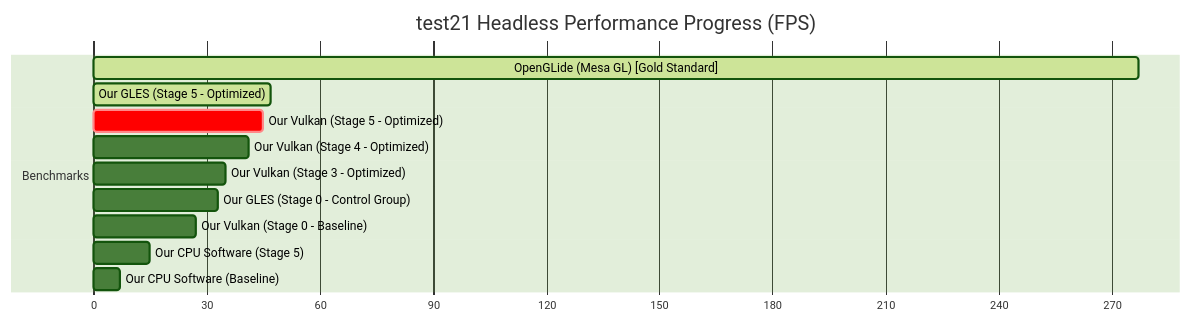
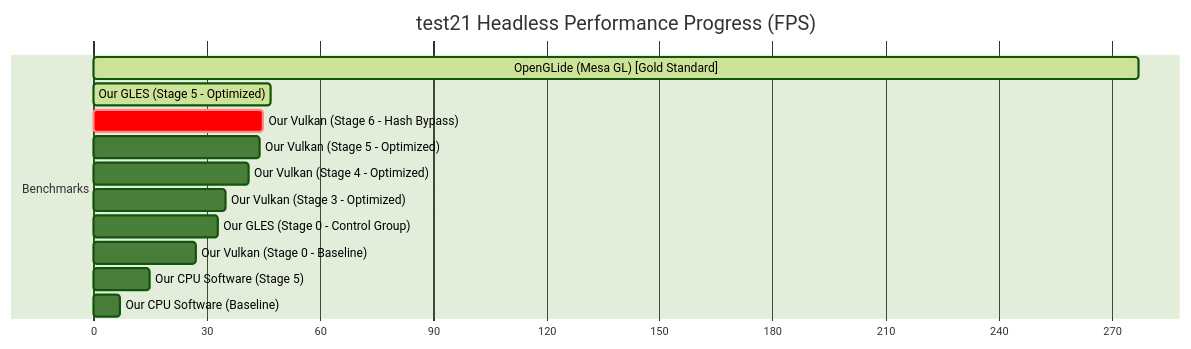
One commit to eugenenuke/glide-ng changed the diagram in docs/vulkan_performance_tracker.md. Above: the diagram before and after it, drawn with Mermaid (forest theme). The commit also changed other lines of this file and 4 other files, not shown here.

````diff
--- a/docs/vulkan_performance_tracker.md
+++ b/docs/vulkan_performance_tracker.md
@@ -85,16 +97,17 @@
 ```mermaid
 gantt
     title test21 Headless Performance Progress (FPS)
     dateFormat  X
     axisFormat %s
     section Benchmarks
     OpenGLide (Mesa GL) [Gold Standard] : active, 0, 277
     Our GLES (Stage 5 - Optimized)     : active, 0, 47
-    Our Vulkan (Stage 5 - Optimized)   : crit, 0, 45
+    Our Vulkan (Stage 6 - Hash Bypass)  : crit, 0, 45
+    Our Vulkan (Stage 5 - Optimized)   : 0, 44
     Our Vulkan (Stage 4 - Optimized)   : 0, 41
     Our Vulkan (Stage 3 - Optimized)   : 0, 35
     Our GLES (Stage 0 - Control Group)  : 0, 33
     Our Vulkan (Stage 0 - Baseline)    : 0, 27
     Our CPU Software (Stage 5)         : 0, 15
     Our CPU Software (Baseline)        : 0, 7
 ```
````
